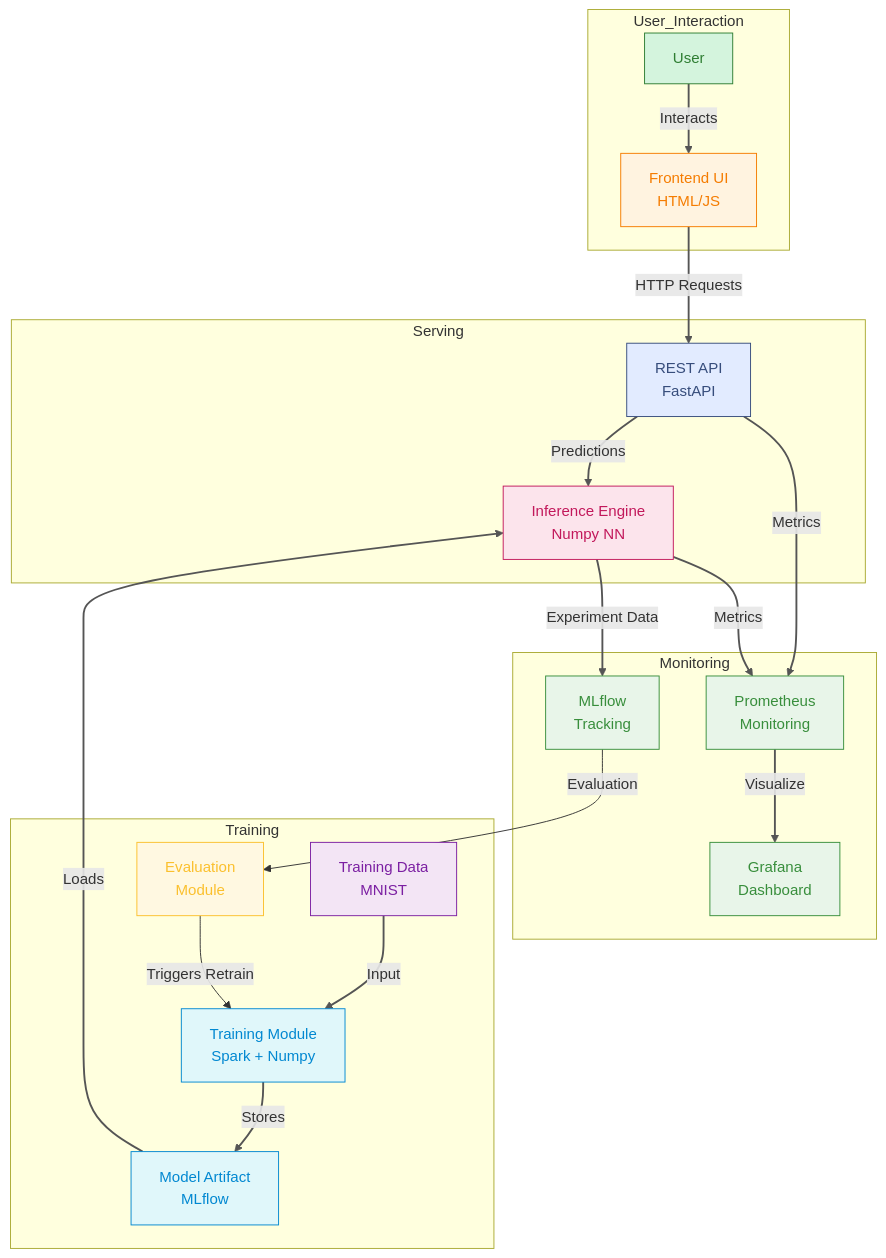
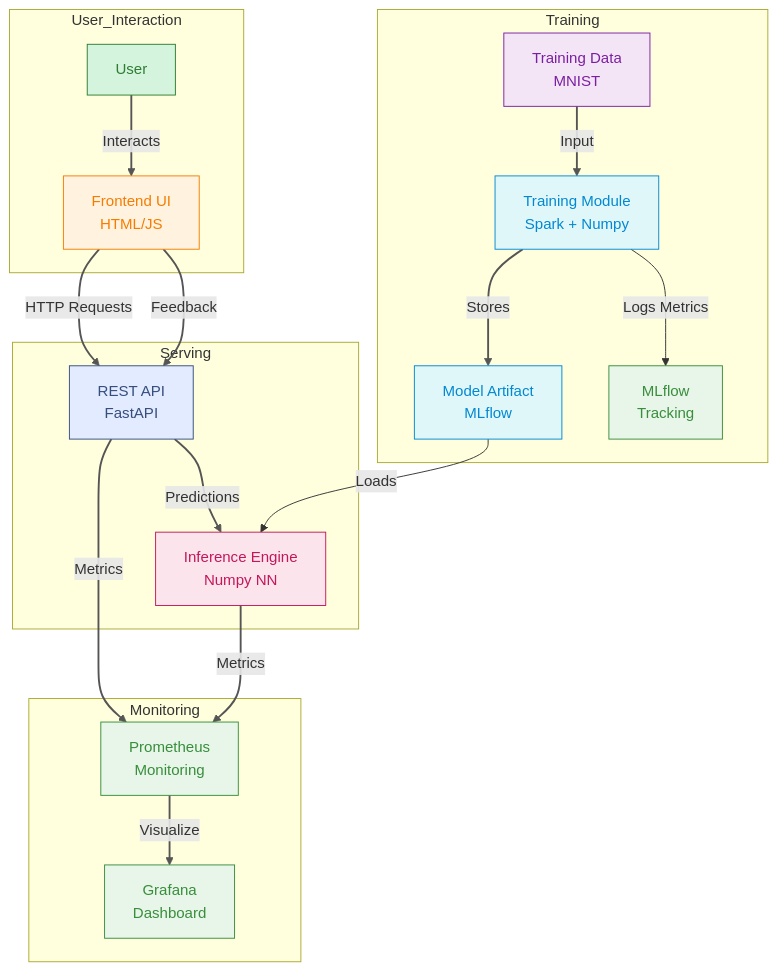
Before and after one commit to IITM-MLOps/MLOps-Project: the diagram in readme.md, drawn with Mermaid.

````diff
--- a/readme.md
+++ b/readme.md
@@ -164,49 +164,47 @@
 ```mermaid
 flowchart TD
     %% Subgraphs for logical grouping
     subgraph User_Interaction
         A[User] -->|Interacts| B[Frontend UI<br>HTML/JS]
     end
     subgraph Serving
         B -->|HTTP Requests| C[REST API<br>FastAPI]
         C -->|Predictions| D[Inference Engine<br>Numpy NN]
+        B -->|Feedback| C
     end
     subgraph Monitoring
         C -->|Metrics| E[Prometheus<br>Monitoring]
         D -->|Metrics| E
         E -->|Visualize| G[Grafana<br>Dashboard]
-        D -->|Experiment Data| F[MLflow<br>Tracking]
     end
     subgraph Training
         H[Training Data<br>MNIST] -->|Input| I[Training Module<br>Spark + Numpy]
         I -->|Stores| J[Model Artifact<br>MLflow]
         J -->|Loads| D
-        F -->|Evaluation| K[Evaluation<br>Module]
-        K -->|Triggers Retrain| I
+        I -->|Logs Metrics| F[MLflow<br>Tracking]
     end
 
     %% Styling
     classDef User fill:#D4F4DD,stroke:#2E7D32,color:#2E7D32
     classDef UI fill:#FFF3E0,stroke:#F57C00,color:#F57C00
     classDef API fill:#E2EBFF,stroke:#374D7C,color:#374D7C
     classDef Inference fill:#FCE4EC,stroke:#C2185B,color:#C2185B
     classDef Monitoring fill:#E8F5E9,stroke:#388E3C,color:#388E3C
     classDef Data fill:#F3E5F5,stroke:#7B1FA2,color:#7B1FA2
     classDef Training fill:#E0F7FA,stroke:#0288D1,color:#0288D1
-    classDef Evaluation fill:#FFF8E1,stroke:#FBC02D,color:#FBC02D
 
     A:::User
     B:::UI
     C:::API
     D:::Inference
     E:::Monitoring
     F:::Monitoring
     G:::Monitoring
     H:::Data
     I:::Training
     J:::Training
-    K:::Evaluation
 
     %% Link styling
-    linkStyle 0,1,2,3,4,5,6,7,8,9 stroke:#555,stroke-width:2px
+    linkStyle 0,1,2,3,4,5,6,7,8 stroke:#555,stroke-width:2px
+
 ```
````
